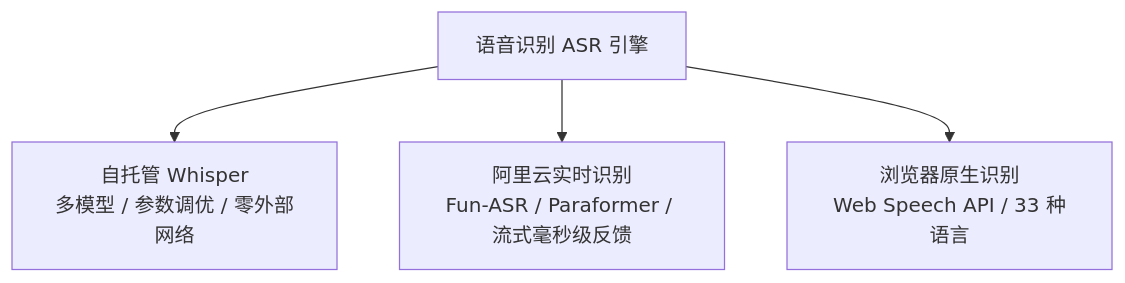
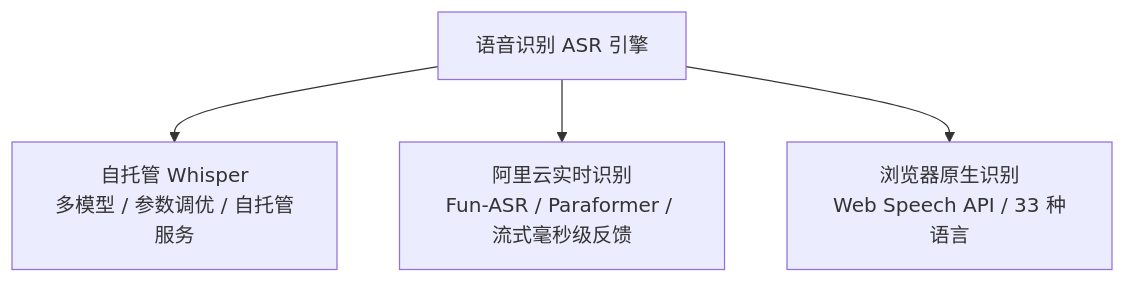
One commit to lulabs-org/embocraft changed the second of 2 diagrams in docs/voice/setup.md. Above: the diagram before and after it, drawn with Mermaid. The commit also changed other lines of this file and 67 other files, not shown here.

````diff
--- a/docs/voice/setup.md
+++ b/docs/voice/setup.md
@@ -98,6 +98,6 @@
 ```mermaid
 graph TD
-    ASR[语音识别 ASR 引擎] --> Whisper[自托管 Whisper<br>多模型 / 参数调优 / 零外部网络]
+    ASR[语音识别 ASR 引擎] --> Whisper[自托管 Whisper<br>多模型 / 参数调优 / 自托管服务]
     ASR --> AliyunASR[阿里云实时识别<br>Fun-ASR / Paraformer / 流式毫秒级反馈]
     ASR --> BrowserASR[浏览器原生识别<br>Web Speech API / 33 种语言]
 ```
````
